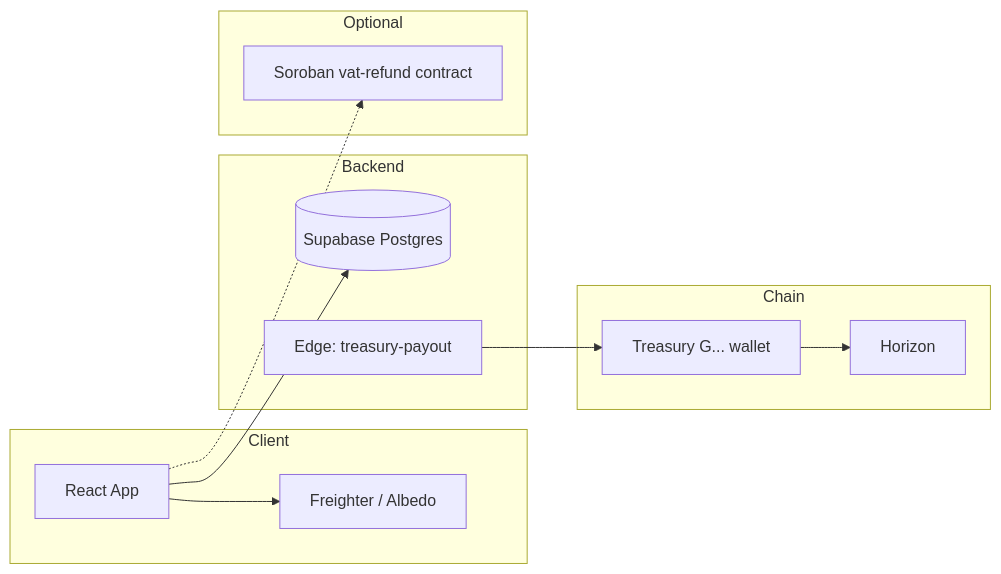
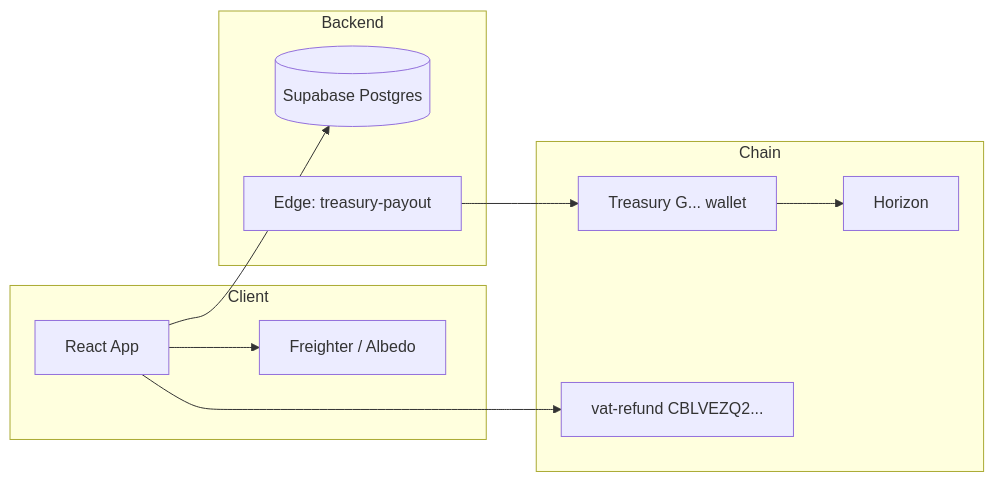
One commit to AmaanSayyad/Gemetra-XLM changed the first of 2 diagrams in docs/README.md. Above: the diagram before and after it, drawn with Mermaid. The commit also changed other lines of this file and 14 other files, not shown here.

First line of the commit message:
feat: record live vat-refund deployments on Stellar mainnet

````diff
--- a/docs/README.md
+++ b/docs/README.md
@@ -23,23 +23,21 @@
 ```mermaid
 flowchart LR
     subgraph Client
         UI[React App]
         W[Freighter / Albedo]
     end
     subgraph Backend
         SB[(Supabase Postgres)]
         EF[Edge: treasury-payout]
     end
     subgraph Chain
         H[Horizon]
         T[Treasury G... wallet]
-    end
-    subgraph Optional
-        SC[Soroban vat-refund contract]
+        SC[vat-refund CBLVEZQ2...]
     end
     UI --> SB
     UI --> W
     EF --> T
     T --> H
-    UI -.-> SC
+    UI --> SC
 ```
````
